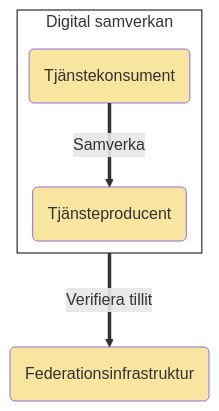
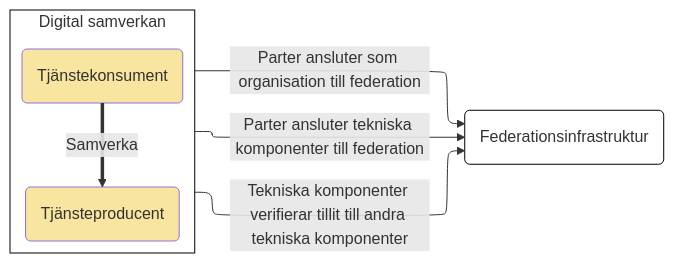
The second of 10 diagrams in architecture/drafts/IAM_TargetArchitecture_Sweden.md (diggsweden/ena-authorization), drawn with Mermaid before and after one commit. The commit also changed other lines of this file, not shown here.

````diff
--- a/architecture/drafts/IAM_TargetArchitecture_Sweden.md
+++ b/architecture/drafts/IAM_TargetArchitecture_Sweden.md
@@ -74,24 +74,27 @@
 ```mermaid
 %%{init: {"flowchart": {"defaultRenderer": "elk"}} }%%
-flowchart TB
+flowchart LR
 
 classDef org fill:#F8E5A0
 classDef comp fill:#CCE1FF
 classDef box fill:#ffffff,stroke:#000000
 
 subgraph is[Digital samverkan]
+direction TB
     po(Tjänsteproducent)
     po:::org
 
     co(Tjänstekonsument)
     co:::org
 
     co==Samverka==>po
 end
 is:::box
 
 ss(Federationsinfrastruktur)
-ss:::org
+ss:::box
 
-is==Verifiera tillit==>ss
+is--Tekniska komponenter verifierar tillit till andra tekniska komponenter-->ss
+is--Parter ansluter tekniska komponenter till federation-->ss
+is--Parter ansluter som organisation till federation-->ss
 ```
````
